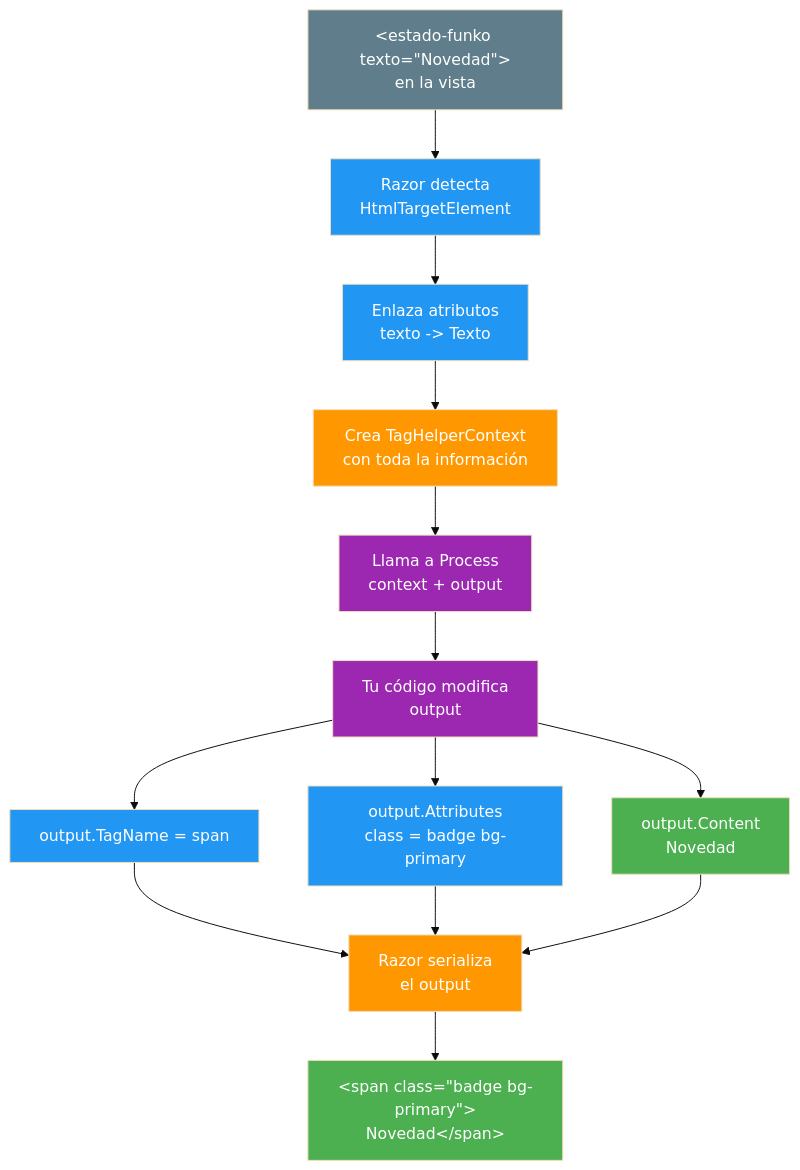
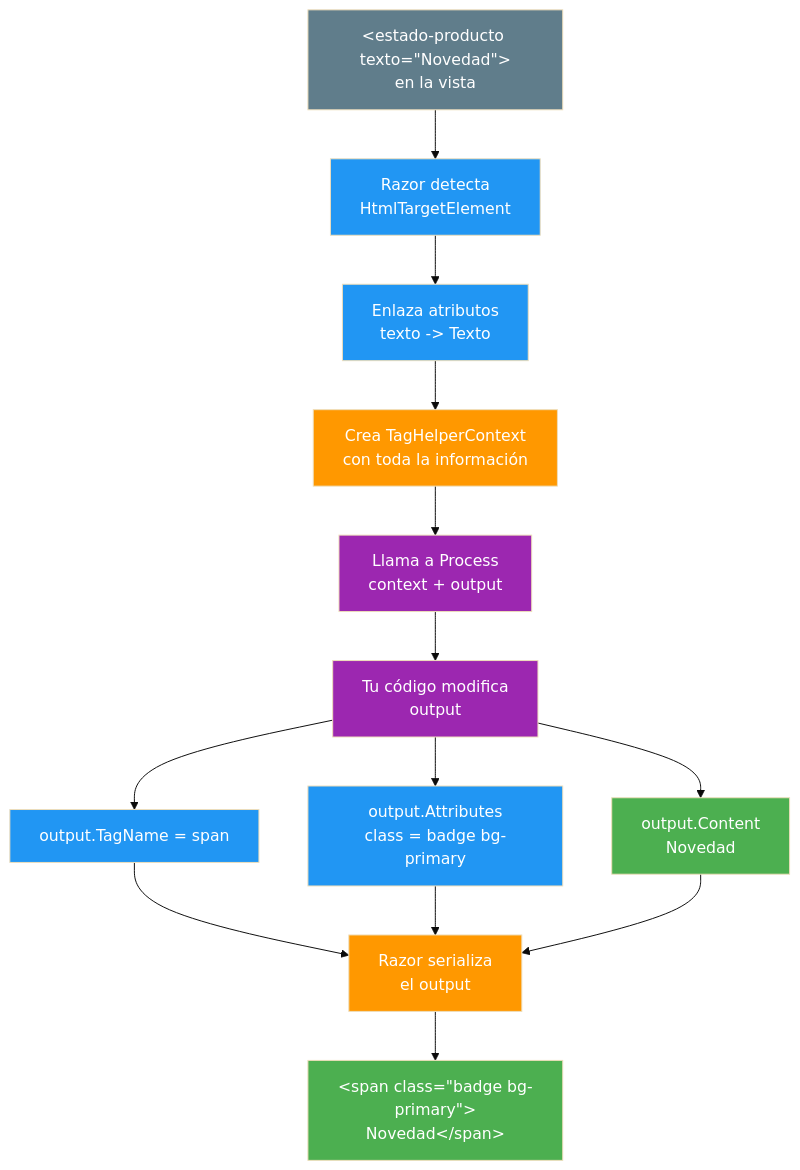
The fifth of 5 diagrams in 06-taghelpers.md (joseluisgs/DesarrolloWebEntornosServidor-03-2026-2027), drawn with Mermaid (base theme) before and after one commit. The commit also changed other lines of this file, not shown here.

Commit message:
fix: revisar 06 segun el esquema de UD02: Resumen sin diagrama, estilo de redaccion y Productos fuera del Reto

````diff
--- a/06-taghelpers.md
+++ b/06-taghelpers.md
@@ -374,27 +376,27 @@
 ```mermaid
 graph TD
-    A["&lt;estado-funko texto=&quot;Novedad&quot;&gt;<br/>en la vista"] --> B["Razor detecta<br/>HtmlTargetElement"]
+    A["&lt;estado-producto texto=&quot;Novedad&quot;&gt;<br/>en la vista"] --> B["Razor detecta<br/>HtmlTargetElement"]
     B --> C["Enlaza atributos<br/>texto -> Texto"]
     C --> D["Crea TagHelperContext<br/>con toda la información"]
     D --> E["Llama a Process<br/>context + output"]
     E --> F["Tu código modifica<br/>output"]
     F --> F1["output.TagName = span"]
     F --> F2["output.Attributes<br/>class = badge bg-primary"]
     F --> F3["output.Content<br/>Novedad"]
     F1 --> G["Razor serializa<br/>el output"]
     F2 --> G
     F3 --> G
     G --> H["&lt;span class=&quot;badge bg-primary&quot;&gt;<br/>Novedad&lt;/span&gt;"]
 
     style A fill:#607D8B,color:#fff
     style B fill:#2196F3,color:#fff
     style C fill:#2196F3,color:#fff
     style D fill:#FF9800,color:#fff
     style E fill:#9C27B0,color:#fff
     style F fill:#9C27B0,color:#fff
     style F1 fill:#2196F3,color:#fff
     style F2 fill:#2196F3,color:#fff
     style F3 fill:#4CAF50,color:#fff
     style G fill:#FF9800,color:#fff
     style H fill:#4CAF50,color:#fff
 ```
````
